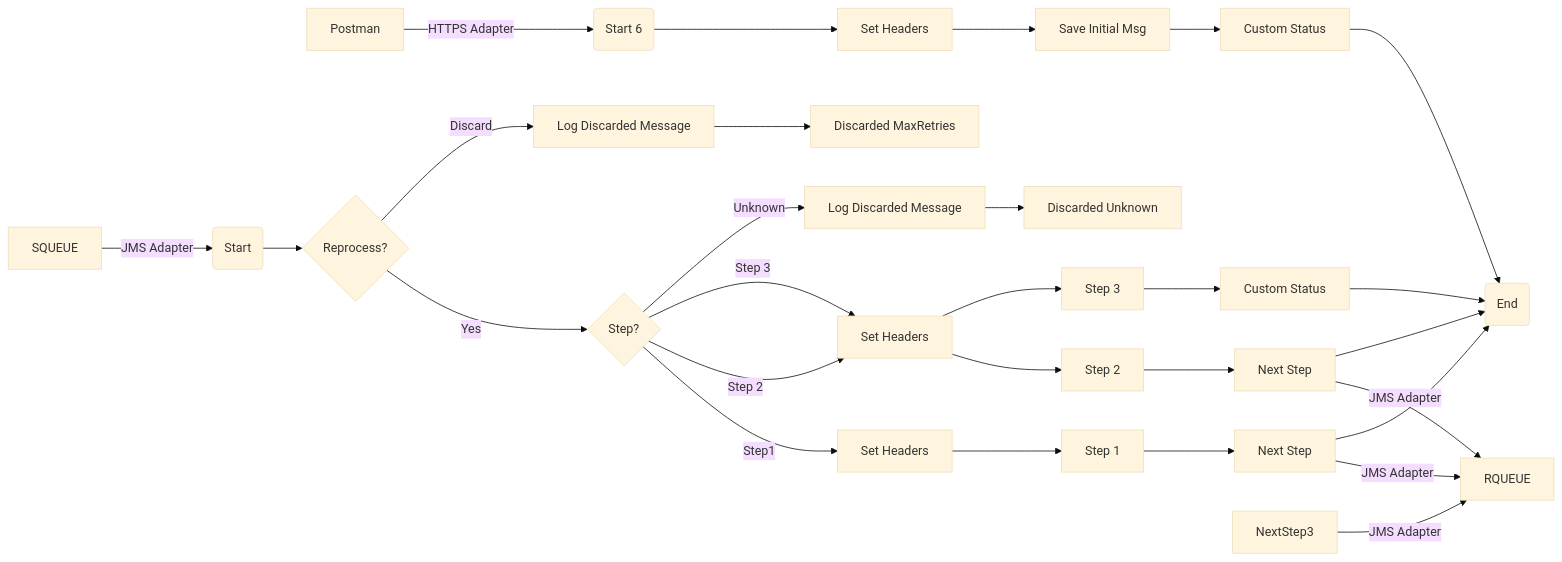
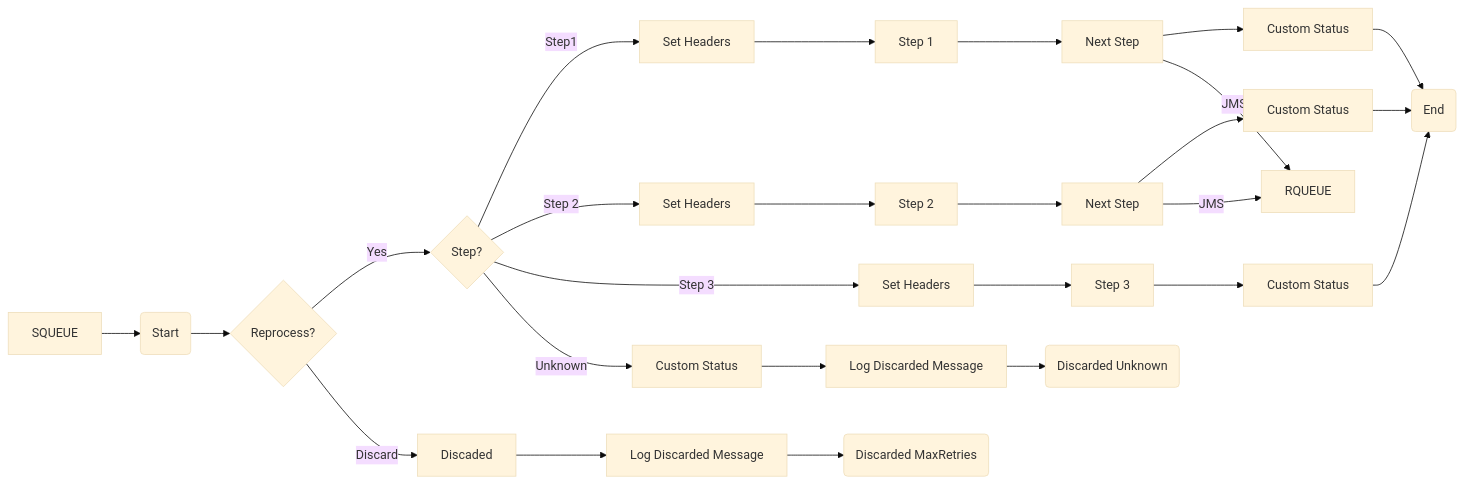
One commit to Avvale-IA-CICD/AvvaleCPI changed the diagram in MMZ - Cell Iflows/SEDA_Model_-_Single_Queue_-_Restart_and_Discard_MMZ-1.0.0/readme.md. Above: the diagram before and after it, drawn with Mermaid (base theme). The commit also changed other lines of this file, not shown here.

Commit message:
Add/update documentation for SEDA_Model_-_Single_Queue_-_Restart_and_Discard_MMZ v1.0.0

````diff
--- a/MMZ - Cell Iflows/SEDA_Model_-_Single_Queue_-_Restart_and_Discard_MMZ-1.0.0/readme.md
+++ b/MMZ - Cell Iflows/SEDA_Model_-_Single_Queue_-_Restart_and_Discard_MMZ-1.0.0/readme.md
@@ -4,59 +4,28 @@
 ```mermaid
 graph LR
-    SQUEUE[SQUEUE]
-    Postman[Postman]
-    RQUEUE[RQUEUE]
-    Start(Start)
-    Start6(Start 6)
-    ExclusiveGateway9098{Reprocess?}
-    ExclusiveGateway12{Step?}
-    SetHeaders1[Set Headers]
-    Step1[Step 1]
-    NextStep1[Next Step]
-    SetHeaders2[Set Headers]
-    Step2[Step 2]
-    NextStep2[Next Step]
-    SetHeaders3[Set Headers]
-    Step3[Step 3]
-    CustomStatus3[Custom Status]
-    DiscardedUnknown[Discarded Unknown]
-    LogDiscardedMessage1[Log Discarded Message]
-    DiscardedMaxRetries[Discarded MaxRetries]
-    LogDiscardedMessage2[Log Discarded Message]
-    End(End)
-    SaveInitialMsg[Save Initial Msg]
-    CustomStatus0[Custom Status]
-
-    SQUEUE -- JMS Adapter --> Start
-    Postman -- HTTPS Adapter --> Start6
-    NextStep1 -- JMS Adapter --> RQUEUE
-    NextStep2 -- JMS Adapter --> RQUEUE
-    NextStep3 -- JMS Adapter --> RQUEUE
-
-    Start6 --> SetHeaders1
-    SetHeaders1 --> SaveInitialMsg
-    SaveInitialMsg --> CustomStatus0
-    CustomStatus0 --> End
-
-    Start --> ExclusiveGateway9098
-    ExclusiveGateway9098 -- Yes --> ExclusiveGateway12
-    ExclusiveGateway9098 -- Discard --> LogDiscardedMessage2
-    LogDiscardedMessage2 --> DiscardedMaxRetries
-    ExclusiveGateway12 -- Step1 --> SetHeaders2
-    ExclusiveGateway12 -- Step 2 --> SetHeaders3
-    ExclusiveGateway12 -- Step 3 --> SetHeaders3
-    ExclusiveGateway12 -- Unknown --> LogDiscardedMessage1
-    LogDiscardedMessage1 --> DiscardedUnknown
-
-    SetHeaders2 --> Step1
-    Step1 --> NextStep1
-    NextStep1 --> End
-
-    SetHeaders3 --> Step2
-    Step2 --> NextStep2
-    NextStep2 --> End
-
-    SetHeaders3 --> Step3
-    Step3 --> CustomStatus3
-    CustomStatus3 --> End
+    SQUEUE[SQUEUE] --> StartEvent2(Start)
+    StartEvent2 --> ExclusiveGateway9098{Reprocess?}
+    ExclusiveGateway9098 -- Yes --> ExclusiveGateway12{Step?}
+    ExclusiveGateway9098 -- Discard --> CallActivity9101[Discaded]
+    CallActivity9101 --> CallActivity12079775[Log Discarded Message]
+    CallActivity12079775 --> EndEvent9104(Discarded MaxRetries)
+    ExclusiveGateway12 -- Step1 --> CallActivity12079818[Set Headers]
+    ExclusiveGateway12 -- Step 2 --> CallActivity12079821[Set Headers]
+    ExclusiveGateway12 -- Step 3 --> CallActivity12079824[Set Headers]
+    ExclusiveGateway12 -- Unknown --> CallActivity20[Custom Status]
+    CallActivity20 --> CallActivity12079827[Log Discarded Message]
+    CallActivity12079827 --> EndEvent12079826(Discarded Unknown)
+    CallActivity12079818 --> CallActivity15[Step 1]
+    CallActivity12079821 --> CallActivity18[Step 2]
+    CallActivity12079824 --> CallActivity21[Step 3]
+    CallActivity15 --> ServiceTask56[Next Step]
+    CallActivity18 --> ServiceTask9069[Next Step]
+    CallActivity21 --> CallActivity9074[Custom Status]
+    ServiceTask56 --> CallActivity9071[Custom Status]
+    ServiceTask9069 --> CallActivity9077[Custom Status]
+    CallActivity9071 --> EndEvent2(End)
+    CallActivity9074 --> EndEvent2
+    CallActivity9077 --> EndEvent2
+    ServiceTask56 -- JMS --> RQUEUE[RQUEUE]
+    ServiceTask9069 -- JMS --> RQUEUE
 ```
````
